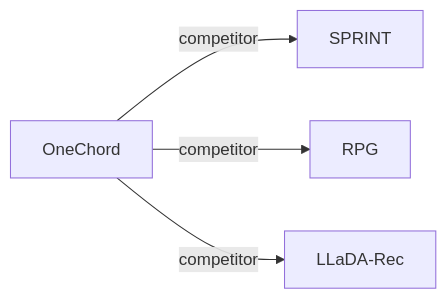
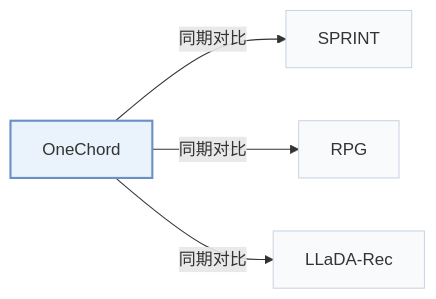
One commit to Galaxy-ghost/Awesome-SID-Generative-Rec changed the second of 2 diagrams in pages/zh/papers/onechord.md. Above: the diagram before and after it, drawn with Mermaid. The commit also changed other lines of this file and 649 other files, not shown here.

Commit message:
writer-05: also tags and modality index (schema, check, build, visuals); summary field removed; calibration data for 12 papers

````diff
--- a/pages/zh/papers/onechord.md
+++ b/pages/zh/papers/onechord.md
@@ -68,7 +73,11 @@
 ```mermaid
 flowchart LR
     P["OneChord"]
-    P -->|competitor| A["SPRINT"]
-    P -->|competitor| B["RPG"]
-    P -->|competitor| C["LLaDA-Rec"]
+    P -->|"同期对比"| A["SPRINT"]
+    P -->|"同期对比"| B["RPG"]
+    P -->|"同期对比"| C["LLaDA-Rec"]
+    classDef main fill:#eaf2fb,stroke:#6b8fc7,stroke-width:2px
+    classDef peer fill:#f8fafc,stroke:#cbd5e1
+    class P main
+    class A,B,C peer
 ```
````
